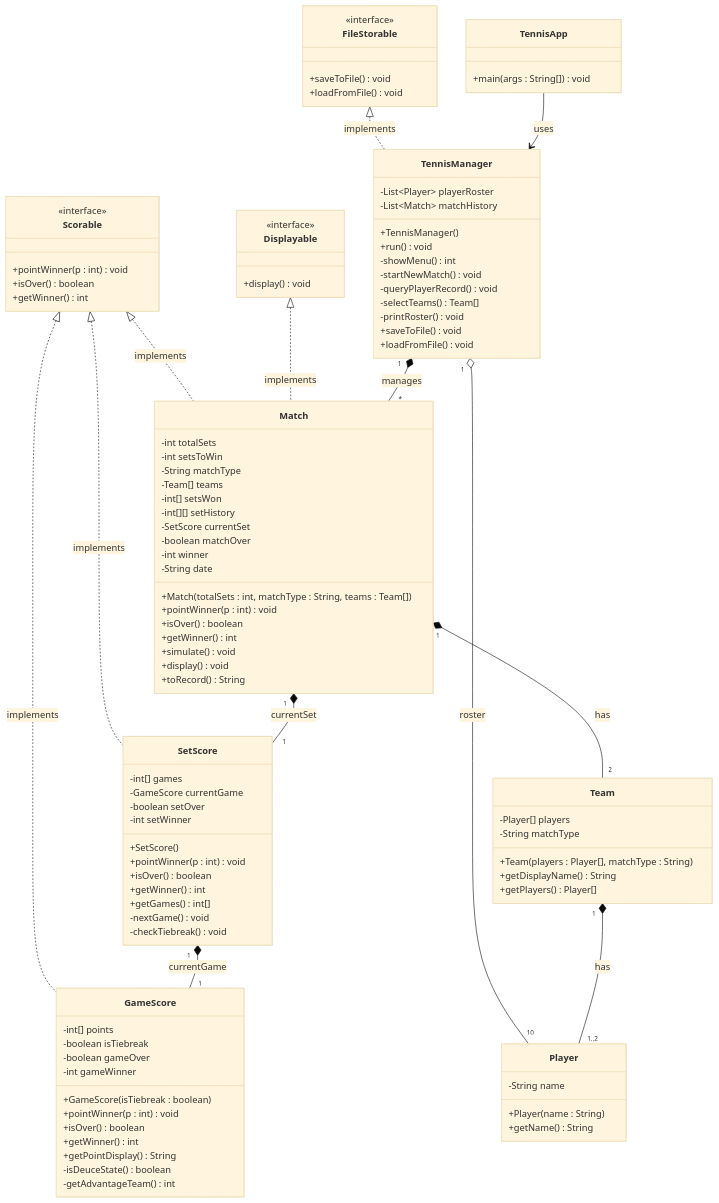
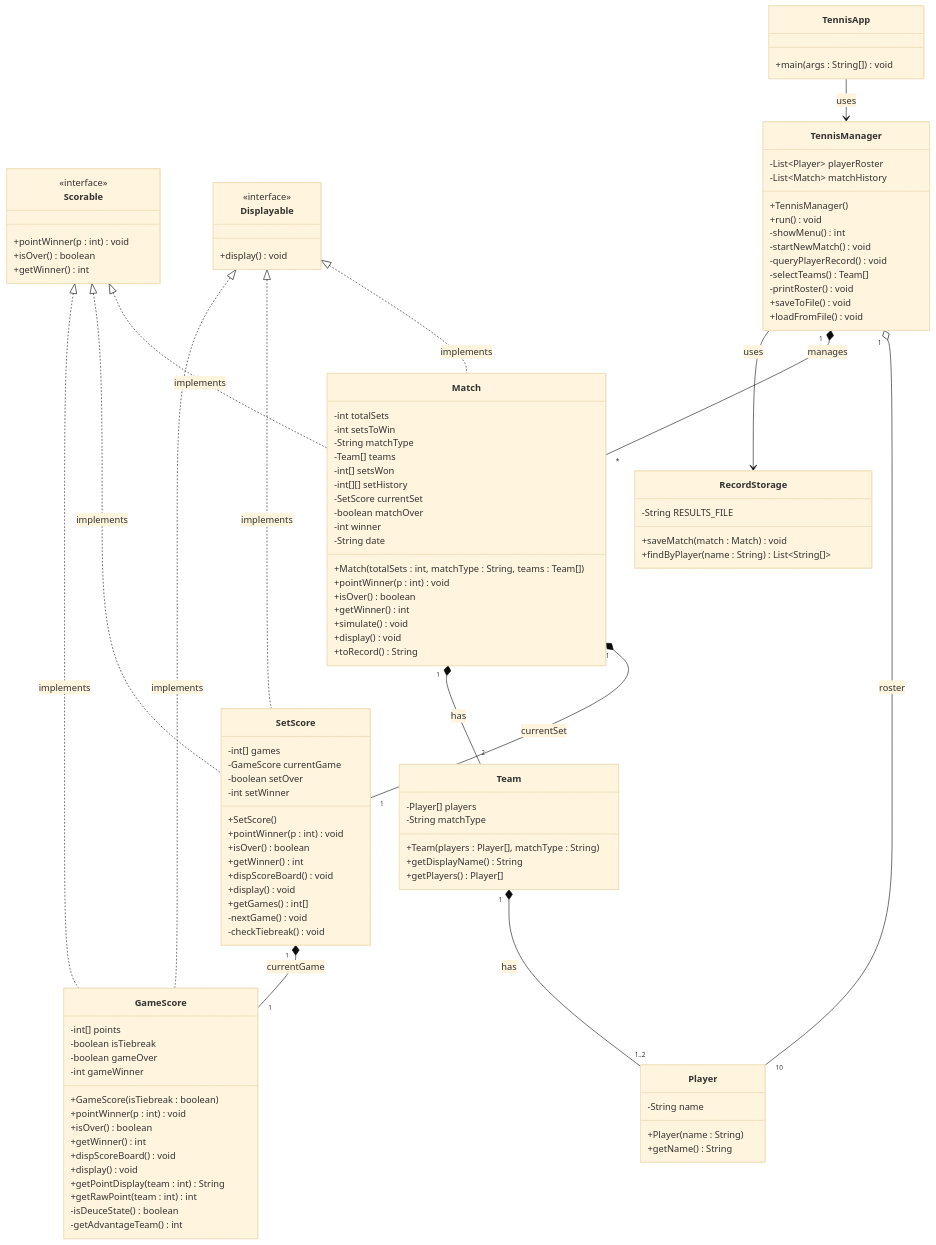
Before and after one commit to gmake20/tennis_game: the diagram in class_diagram.md, drawn with Mermaid (base theme). The commit also changed other lines of this file, not shown here.

```diff
--- a/class_diagram.md
+++ b/class_diagram.md
@@ -19,10 +19,10 @@
         +display() void
     }
 
-    class FileStorable {
-        <<interface>>
-        +saveToFile() void
-        +loadFromFile() void
+    class RecordStorage {
+        -String RESULTS_FILE
+        +saveMatch(match : Match) void
+        +findByPlayer(name : String) List~String[]~
     }
 
     %% ──────────────── Entry Point ────────────────
@@ -91,6 +91,8 @@
         +pointWinner(p : int) void
         +isOver() boolean
         +getWinner() int
+        +dispScoreBoard() void
+        +display() void
         +getGames() int[]
         -nextGame() void
         -checkTiebreak() void
@@ -106,7 +108,10 @@
         +pointWinner(p : int) void
         +isOver() boolean
         +getWinner() int
-        +getPointDisplay() String
+        +dispScoreBoard() void
+        +display() void
+        +getPointDisplay(team : int) String
+        +getRawPoint(team : int) int
         -isDeuceState() boolean
         -getAdvantageTeam() int
     }
@@ -115,8 +120,10 @@
     Scorable    <|.. GameScore      : implements
     Scorable    <|.. SetScore       : implements
     Scorable    <|.. Match          : implements
+    Displayable <|.. GameScore      : implements
+    Displayable <|.. SetScore       : implements
     Displayable <|.. Match          : implements
-    FileStorable <|.. TennisManager : implements
+    TennisManager --> RecordStorage : uses
 
     %% ──────────────── 클래스 간 관계 ────────────────
     TennisApp   -->  TennisManager  : uses
```
